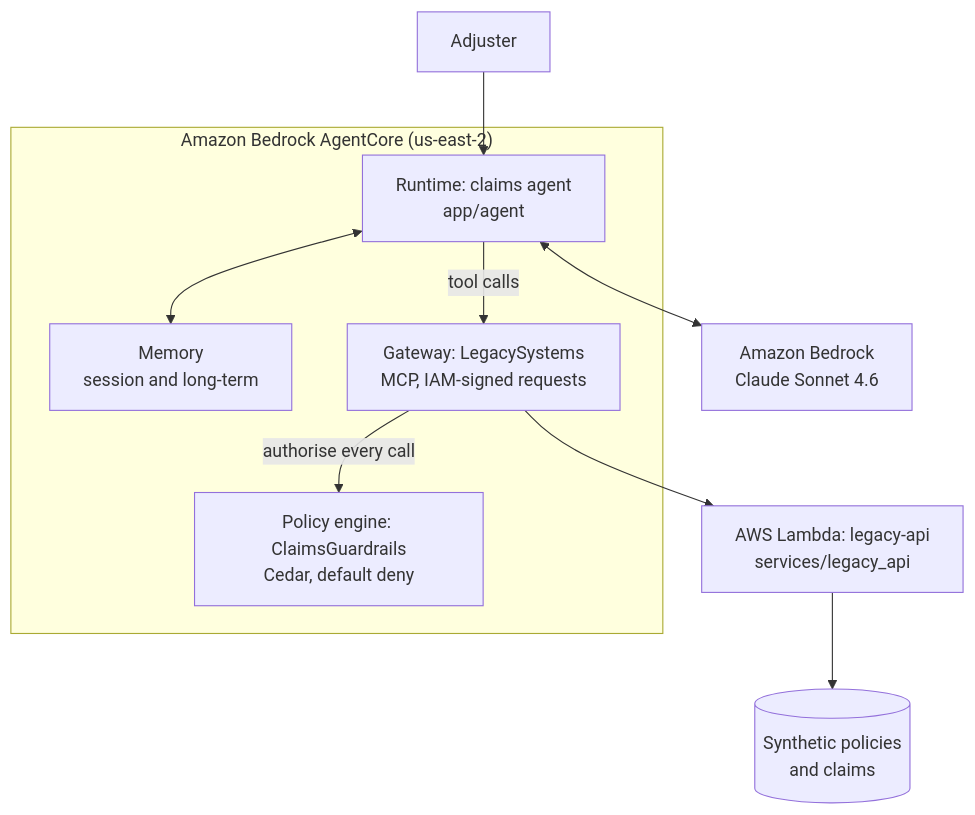
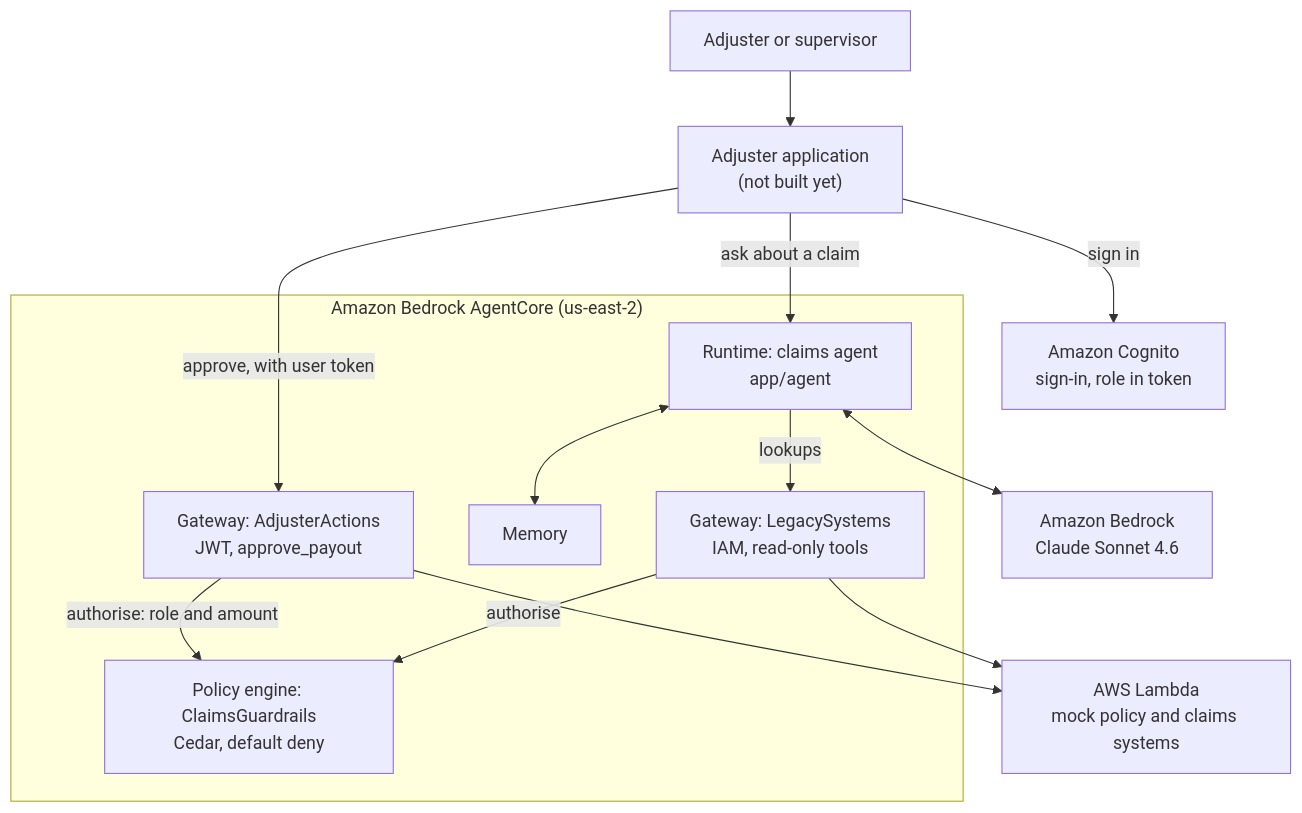
The diagram in docs/ARCHITECTURE.md (sayush2807/agentcore-claims-copilot), drawn with Mermaid before and after one commit. The commit also changed other lines of this file and 6 other files, not shown here.

````diff
--- a/docs/ARCHITECTURE.md
+++ b/docs/ARCHITECTURE.md
@@ -7,19 +7,28 @@
 ```mermaid
 flowchart TD
-    adjuster["Adjuster"] --> runtime
+    adjuster["Adjuster or supervisor"]
+    app["Adjuster application<br/>(not built yet)"]
+    cognito["Amazon Cognito<br/>sign-in, role in token"]
+    adjuster --> app
+    app -- "ask about a claim" --> runtime
+    app -- "sign in" --> cognito
+    app -- "approve, with user token" --> actions
+
     subgraph agentcore["Amazon Bedrock AgentCore (us-east-2)"]
         runtime["Runtime: claims agent<br/>app/agent"]
-        memory["Memory<br/>session and long-term"]
-        gateway["Gateway: LegacySystems<br/>MCP, IAM-signed requests"]
+        memory["Memory"]
+        legacy["Gateway: LegacySystems<br/>IAM, read-only tools"]
+        actions["Gateway: AdjusterActions<br/>JWT, approve_payout"]
         policy["Policy engine: ClaimsGuardrails<br/>Cedar, default deny"]
     end
     model["Amazon Bedrock<br/>Claude Sonnet 4.6"]
-    lambda["AWS Lambda: legacy-api<br/>services/legacy_api"]
-    data[("Synthetic policies<br/>and claims")]
+    lambda["AWS Lambda<br/>mock policy and claims systems"]
 
     runtime <--> model
     runtime <--> memory
-    runtime -- "tool calls" --> gateway
-    gateway -- "authorise every call" --> policy
-    gateway --> lambda --> data
+    runtime -- "lookups" --> legacy
+    legacy -- "authorise" --> policy
+    actions -- "authorise: role and amount" --> policy
+    legacy --> lambda
+    actions --> lambda
 ```
````
